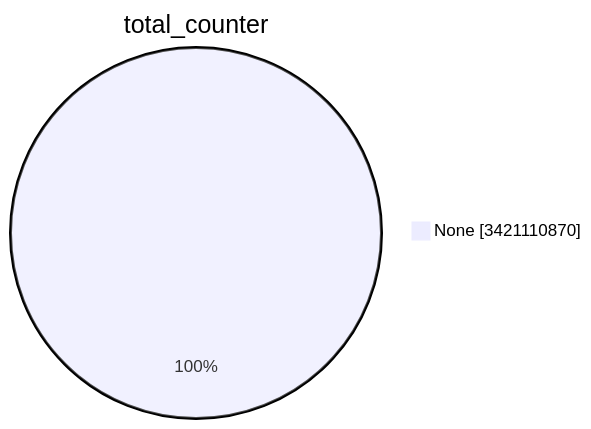
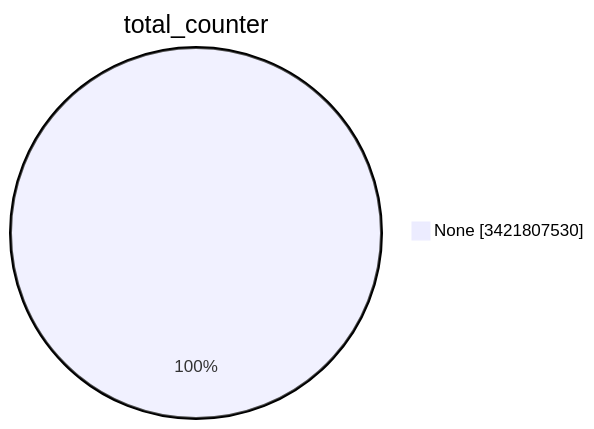
The first of 15 diagrams in TOTAL/README.md (christiankrug/ctmonitor_visualization), drawn with Mermaid before and after one commit. The commit also changed other lines of this file, not shown here.

````diff
--- a/TOTAL/README.md
+++ b/TOTAL/README.md
@@ -1,5 +1,5 @@
 ```mermaid
 pie showData
 title total_counter
-"None" :3421110870
+"None" :3421807530
 ```
````
